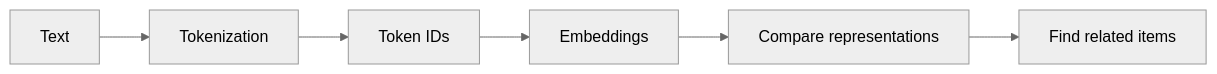
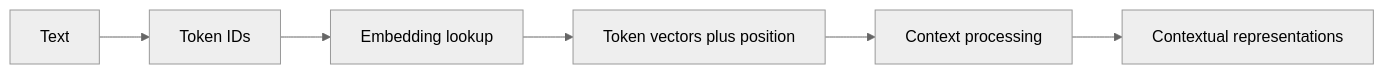
One commit to ram-mandal/namaste-ai-notes changed the diagram in season-1-inside-the-mind-of-ai/episode-05-how-machines-represent-meaning.md. Above: the diagram before and after it, drawn with Mermaid (neutral theme). The commit also changed other lines of this file and 9 other files, not shown here.

````diff
--- a/season-1-inside-the-mind-of-ai/episode-05-how-machines-represent-meaning.md
+++ b/season-1-inside-the-mind-of-ai/episode-05-how-machines-represent-meaning.md
@@ -73,8 +417,8 @@
 ```mermaid
 flowchart LR
-    T[Text] --> K[Tokenization]
-    K --> I[Token IDs]
-    I --> E[Embeddings]
-    E --> C[Compare representations]
-    C --> R[Find related items]
+    T[Text] --> K[Token IDs]
+    K --> L[Embedding lookup]
+    L --> P[Token vectors plus position]
+    P --> C[Context processing]
+    C --> R[Contextual representations]
 ```
````
